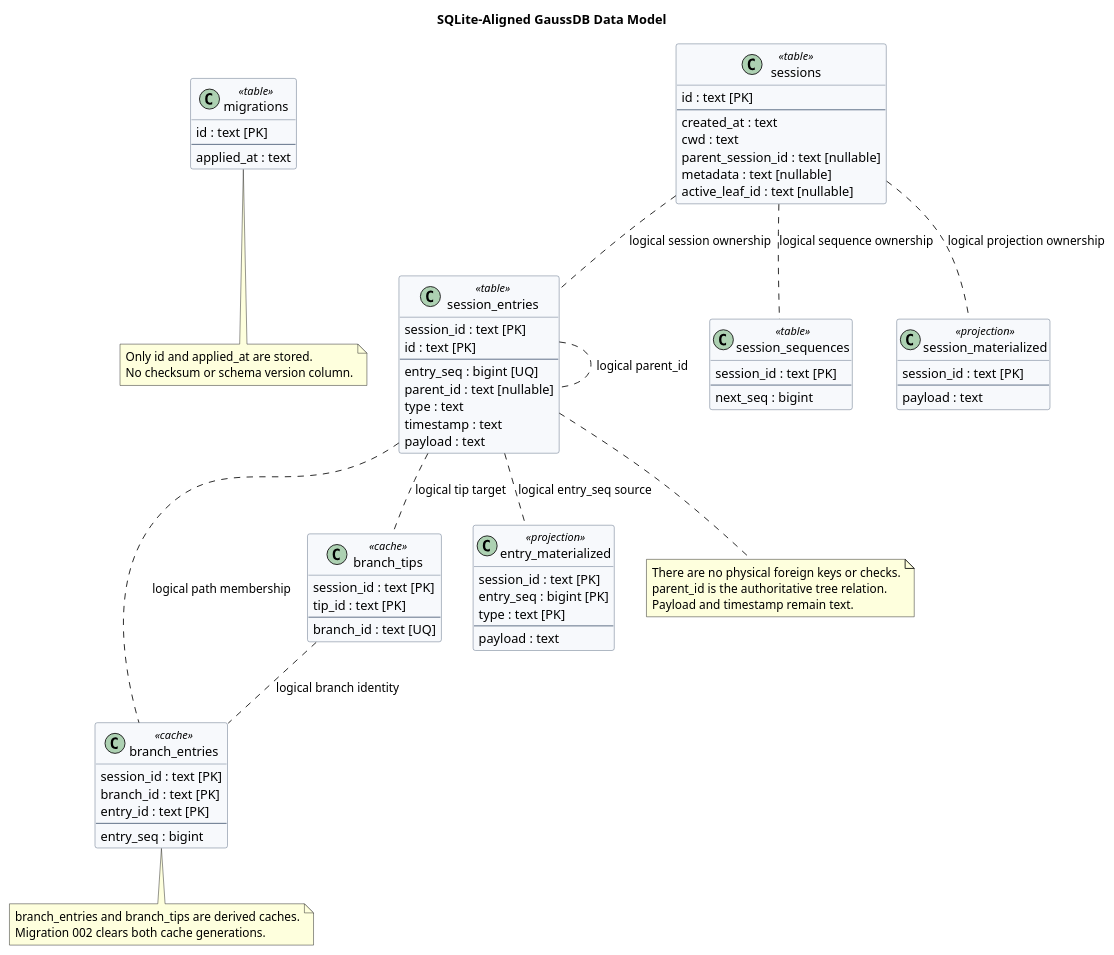
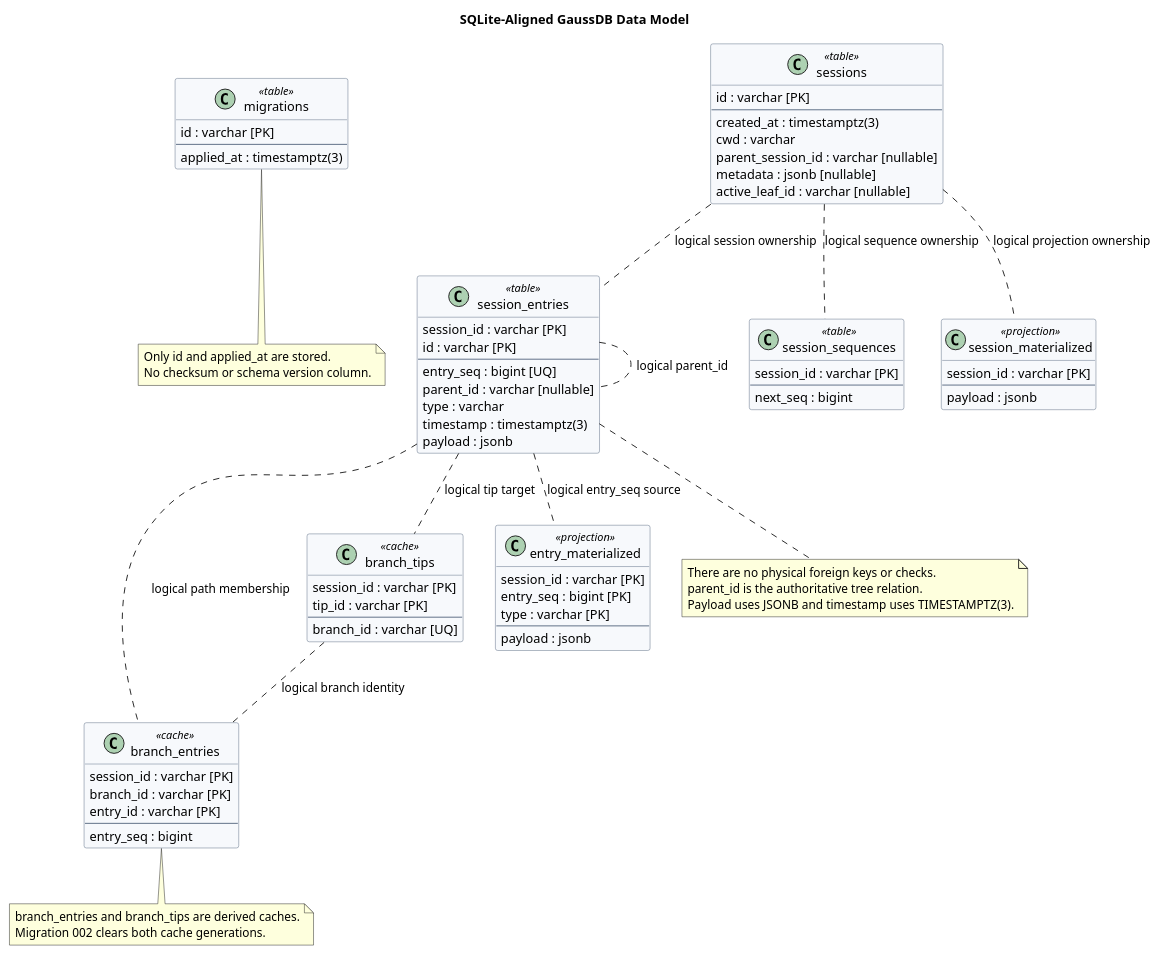
Before and after one commit to superheromeZzh/pi-mono-java-design: the third of 4 diagrams in diagrams/memory/diagram.puml, drawn with PlantUML. The commit also changed other lines of this file and 5 other files, not shown here.

```diff
--- a/diagrams/memory/diagram.puml
+++ b/diagrams/memory/diagram.puml
@@ -113,108 +115,111 @@
 @startuml memory-data-model
 title SQLite-Aligned GaussDB Data Model
 top to bottom direction
 
 skinparam backgroundColor #FFFFFF
 skinparam shadowing false
 skinparam classAttributeIconSize 0
 skinparam classBorderColor #53657D
 skinparam classBackgroundColor #F7F9FC
 
 ' Source evidence:
 ' - badlogic/pi-mono@f0deb8dd8e9611e89b5bc4145ca92c03ae6ed4ee
 ' - packages/storage/sqlite-node/src/sqlite/migrations.ts: ensureMigrationsTable
 ' - packages/storage/sqlite-node/src/sqlite/migrations/001_initial.sql: lines 1-59
 ' - packages/storage/sqlite-node/src/sqlite/migrations/002_branch_tips.sql: lines 1-12
+' - packages/agent/src/harness/session/repository.ts: createTimestamp
+' - packages/storage/sqlite-node/src/sqlite/storage/session-entries.ts: encodeEntry
+' - packages/storage/sqlite-node/src/sqlite/storage/session-materialized.ts: serializeSummary
 ' Observed behavior: the final SQLite core schema has exactly eight logical tables.
 ' Target adaptation: preserve names, columns, nullability, keys, and indexes.
-' Type adaptation: four sequence INTEGER columns become BIGINT; every TEXT column remains TEXT.
+' Type adaptation: strings use VARCHAR, sequences use BIGINT, timestamps use TIMESTAMPTZ(3), and JSON documents use JSONB.
 ' Design reason: omit SQLite WITHOUT ROWID and add no other database structure.
 
 class "migrations" as migrations <<table>> {
-  id : text [PK]
+  id : varchar [PK]
   --
-  applied_at : text
+  applied_at : timestamptz(3)
 }
 
 class "sessions" as sessions <<table>> {
-  id : text [PK]
+  id : varchar [PK]
   --
-  created_at : text
-  cwd : text
-  parent_session_id : text [nullable]
-  metadata : text [nullable]
-  active_leaf_id : text [nullable]
+  created_at : timestamptz(3)
+  cwd : varchar
+  parent_session_id : varchar [nullable]
+  metadata : jsonb [nullable]
+  active_leaf_id : varchar [nullable]
 }
 
 class "session_entries" as session_entries <<table>> {
-  session_id : text [PK]
-  id : text [PK]
+  session_id : varchar [PK]
+  id : varchar [PK]
   --
   entry_seq : bigint [UQ]
-  parent_id : text [nullable]
-  type : text
-  timestamp : text
-  payload : text
+  parent_id : varchar [nullable]
+  type : varchar
+  timestamp : timestamptz(3)
+  payload : jsonb
 }
 
 class "session_sequences" as session_sequences <<table>> {
-  session_id : text [PK]
+  session_id : varchar [PK]
   --
   next_seq : bigint
 }
 
 class "branch_entries" as branch_entries <<cache>> {
-  session_id : text [PK]
-  branch_id : text [PK]
-  entry_id : text [PK]
+  session_id : varchar [PK]
+  branch_id : varchar [PK]
+  entry_id : varchar [PK]
   --
   entry_seq : bigint
 }
 
 class "branch_tips" as branch_tips <<cache>> {
-  session_id : text [PK]
-  tip_id : text [PK]
+  session_id : varchar [PK]
+  tip_id : varchar [PK]
   --
-  branch_id : text [UQ]
+  branch_id : varchar [UQ]
 }
 
 class "session_materialized" as session_materialized <<projection>> {
-  session_id : text [PK]
+  session_id : varchar [PK]
   --
-  payload : text
+  payload : jsonb
 }
 
 class "entry_materialized" as entry_materialized <<projection>> {
-  session_id : text [PK]
+  session_id : varchar [PK]
   entry_seq : bigint [PK]
-  type : text [PK]
+  type : varchar [PK]
   --
-  payload : text
+  payload : jsonb
 }
 
 sessions .. session_entries : logical session ownership
 sessions .. session_sequences : logical sequence ownership
 sessions .. session_materialized : logical projection ownership
 session_entries .. session_entries : logical parent_id
 session_entries .. entry_materialized : logical entry_seq source
 session_entries .. branch_entries : logical path membership
 session_entries .. branch_tips : logical tip target
 branch_tips .. branch_entries : logical branch identity
 
 note bottom of session_entries
 There are no physical foreign keys or checks.
 parent_id is the authoritative tree relation.
-Payload and timestamp remain text.
+Payload uses JSONB and timestamp uses TIMESTAMPTZ(3).
 end note
 
 note bottom of branch_entries
 branch_entries and branch_tips are derived caches.
 Migration 002 clears both cache generations.
 end note
 
 note bottom of migrations
 Only id and applied_at are stored.
 No checksum or schema version column.
 end note
 
 @enduml
```
